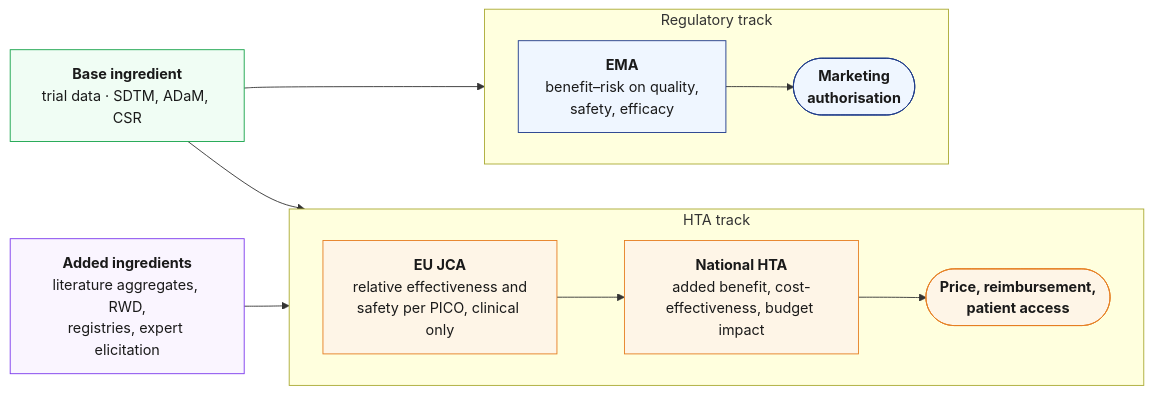
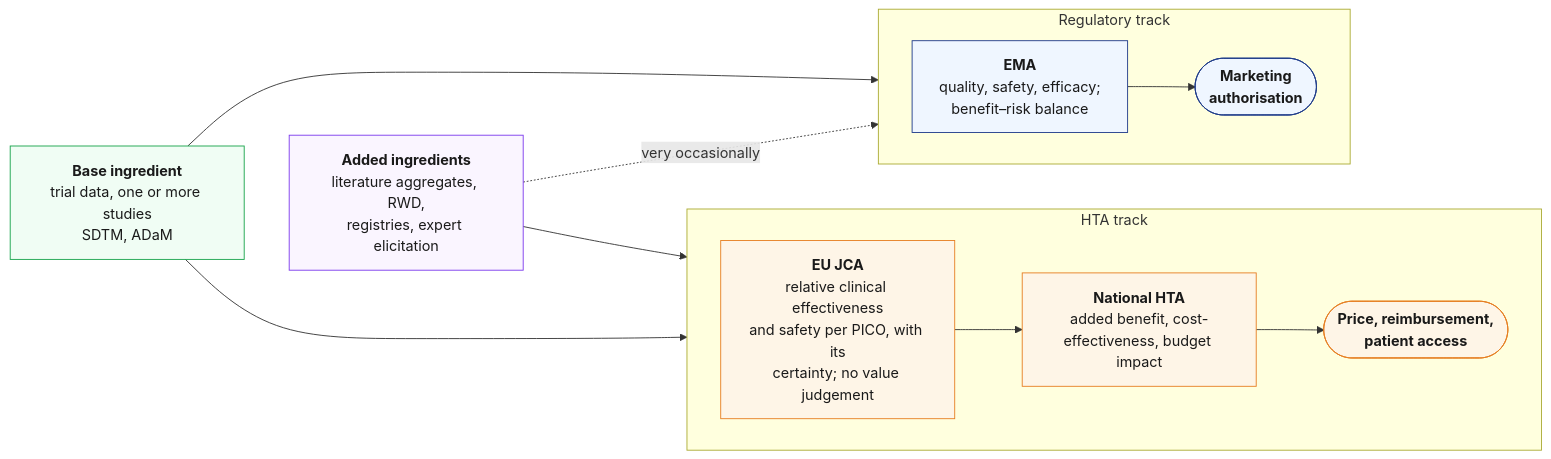
The first of 2 diagrams in market_access.qmd (rinpharma/analysis_results_26_eu), drawn with Mermaid before and after one commit. The commit also changed other lines of this file and 4 other files, not shown here.

````diff
--- a/market_access.qmd
+++ b/market_access.qmd
@@ -65,25 +65,27 @@
 ```{mermaid}
 %%{init: {'theme':'default', 'themeVariables': {'fontSize':'16px', 'fontFamily':'Source Sans Pro, arial'}}}%%
 flowchart LR
-  T["<b>Base ingredient</b><br/>trial data · SDTM, ADaM, CSR"]
+  T["<b>Base ingredient</b><br/>trial data, one or more studies<br/>SDTM, ADaM"]
   X["<b>Added ingredients</b><br/>literature aggregates, RWD,<br/>registries, expert elicitation"]
   subgraph HTA["HTA track"]
     direction LR
-    H1["<b>EU JCA</b><br/>relative effectiveness and<br/>safety per PICO, clinical only"] --> H2["<b>National HTA</b><br/>added benefit, cost-<br/>effectiveness, budget impact"] --> H3(["<b>Price, reimbursement,</b><br/><b>patient access</b>"])
+    H1["<b>EU JCA</b><br/>relative clinical effectiveness<br/>and safety per PICO, with its<br/>certainty; no value judgement"] --> H2["<b>National HTA</b><br/>added benefit, cost-<br/>effectiveness, budget impact"] --> H3(["<b>Price, reimbursement,</b><br/><b>patient access</b>"])
   end
   subgraph REG["Regulatory track"]
     direction LR
-    R1["<b>EMA</b><br/>benefit–risk on quality,<br/>safety, efficacy"] --> R2(["<b>Marketing</b><br/><b>authorisation</b>"])
+    R1["<b>EMA</b><br/>quality, safety, efficacy;<br/>benefit–risk balance"] --> R2(["<b>Marketing</b><br/><b>authorisation</b>"])
   end
+  T ~~~ X
   T --> R1
+  X -. very occasionally .-> R1
+  X --> H1
   T --> H1
-  X --> H1
   classDef reg fill:#eff6ff,stroke:#1e3a8a,color:#1a1a1a;
   classDef hta fill:#fef5e7,stroke:#e67e22,color:#1a1a1a;
   classDef ev fill:#f0fdf4,stroke:#16a34a,color:#1a1a1a;
   classDef ext fill:#faf5ff,stroke:#7c3aed,color:#1a1a1a;
   class R1,R2 reg;
   class H1,H2,H3 hta;
   class T ev;
   class X ext;
 ```
````
